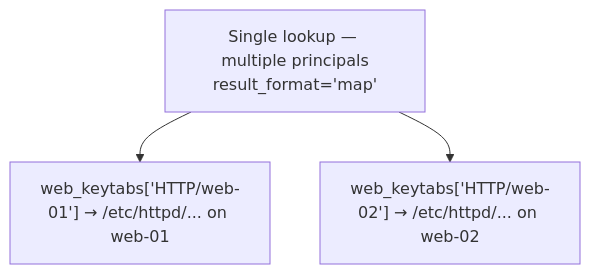
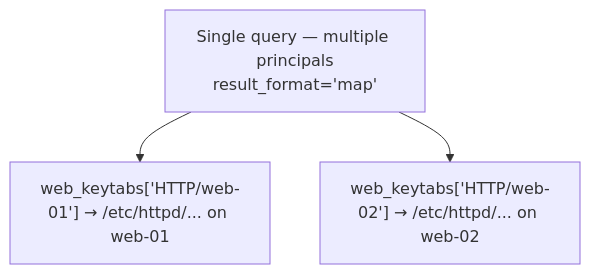
One commit to gprocunier/eigenstate-ipa changed the fifth of 8 diagrams in docs/keytab-capabilities.md. Above: the diagram before and after it, drawn with Mermaid. The commit also changed other lines of this file and 3 other files, not shown here.

````diff
--- a/docs/keytab-capabilities.md
+++ b/docs/keytab-capabilities.md
@@ -165,9 +165,9 @@
 ```mermaid
 flowchart TD
-    lookup["Single lookup — multiple principals\nresult_format='map'"]
+    lookup["Single query — multiple principals\nresult_format='map'"]
     web01["web_keytabs['HTTP/web-01'] → /etc/httpd/... on web-01"]
     web02["web_keytabs['HTTP/web-02'] → /etc/httpd/... on web-02"]
 
     lookup --> web01
     lookup --> web02
 ```
````
